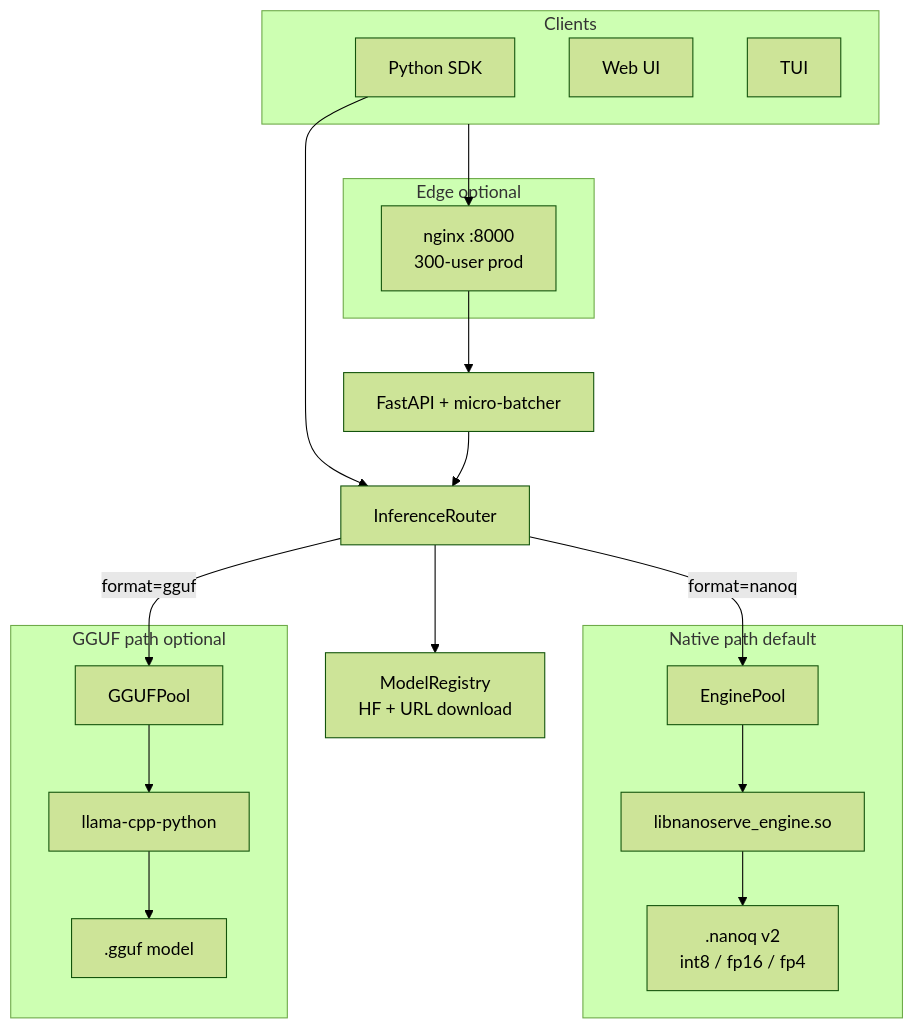
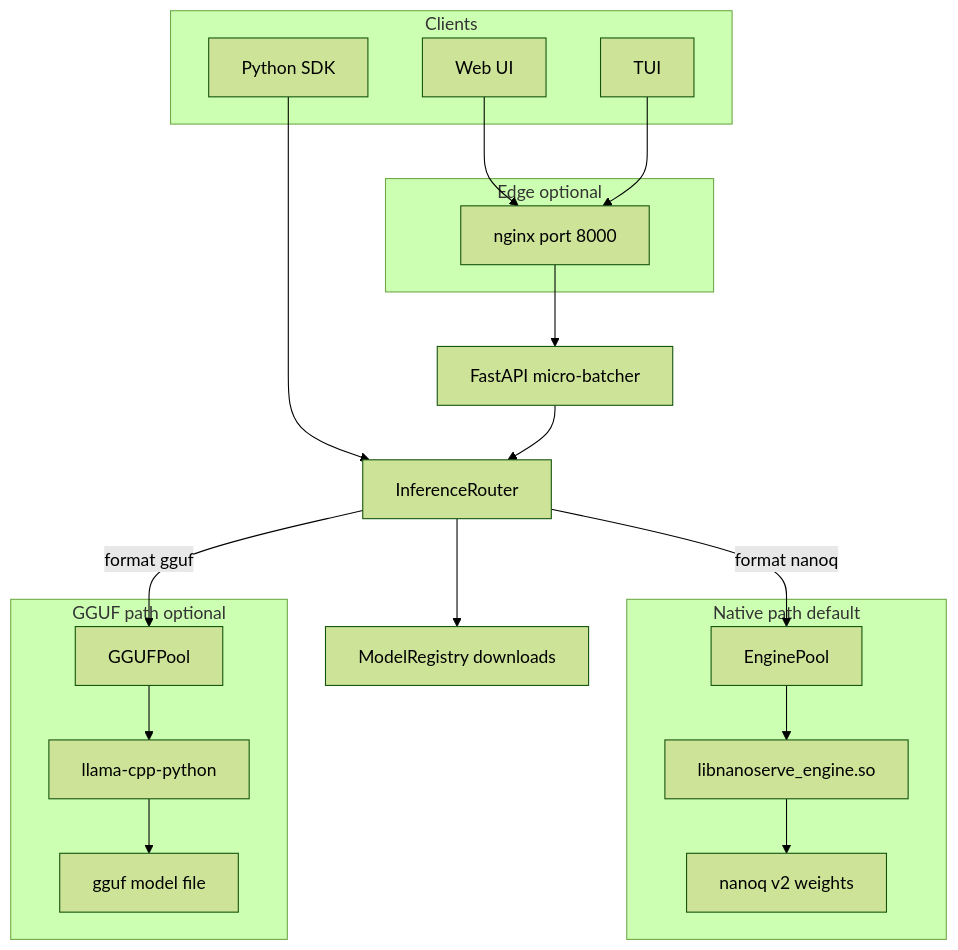
The first of 2 diagrams in README.md (Team-Auralis-Labs/NanoServe), drawn with Mermaid (forest theme) before and after one commit. The commit also changed other lines of this file, not shown here.

````diff
--- a/README.md
+++ b/README.md
@@ -67,39 +67,42 @@
 ```mermaid
 flowchart TB
   subgraph clients [Clients]
     SDK["Python SDK"]
     Web["Web UI"]
     TUI["TUI"]
   end
 
-  subgraph edge [Edge optional]
-    LB["nginx :8000\n300-user prod"]
+  subgraph edgeLayer [Edge optional]
+    LB["nginx port 8000"]
   end
 
-  API["FastAPI + micro-batcher"]
+  API["FastAPI micro-batcher"]
   Router["InferenceRouter"]
 
-  subgraph native [Native path default]
+  subgraph nativePath [Native path default]
     Pool["EnginePool"]
     Cpp["libnanoserve_engine.so"]
-    NanoQ[".nanoq v2\nint8 / fp16 / fp4"]
+    NanoQ["nanoq v2 weights"]
   end
 
-  subgraph gguf [GGUF path optional]
+  subgraph ggufPath [GGUF path optional]
     GPool["GGUFPool"]
     Llama["llama-cpp-python"]
-    GGUF[".gguf model"]
+    GGUFFile["gguf model file"]
   end
 
-  Registry["ModelRegistry\nHF + URL download"]
+  Registry["ModelRegistry downloads"]
 
-  clients --> LB
+  Web --> LB
+  TUI --> LB
   LB --> API
   SDK --> Router
   API --> Router
-  Router -->|"format=nanoq"| Pool
-  Router -->|"format=gguf"| GPool
-  Pool --> Cpp --> NanoQ
-  GPool --> Llama --> GGUF
+  Router -->|format nanoq| Pool
+  Router -->|format gguf| GPool
+  Pool --> Cpp
+  Cpp --> NanoQ
+  GPool --> Llama
+  Llama --> GGUFFile
   Router --> Registry
 ```
````
